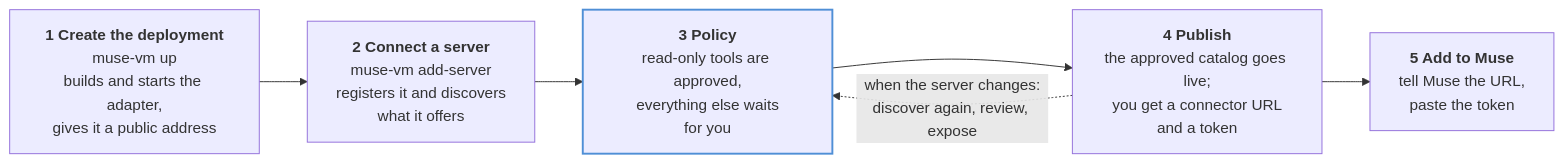
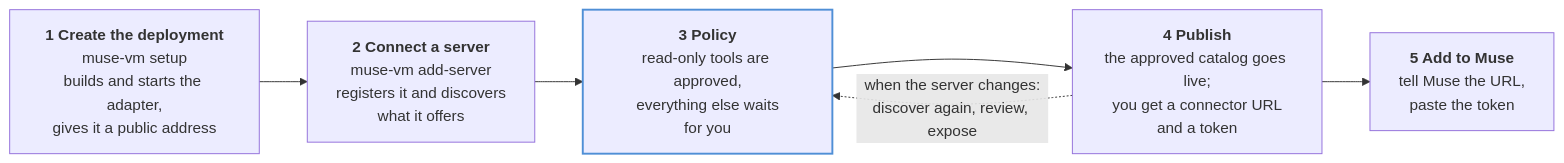
The second of 7 diagrams in README.md (sept-usc/muse-mcp-adapter), drawn with Mermaid before and after one commit. The commit also changed other lines of this file and 12 other files, not shown here.

````diff
--- a/README.md
+++ b/README.md
@@ -93,11 +93,11 @@
 ```mermaid
 flowchart LR
-    A["<b>1 Create the deployment</b><br/>muse-vm up<br/>builds and starts the adapter,<br/>gives it a public address"] --> B["<b>2 Connect a server</b><br/>muse-vm add-server<br/>registers it and discovers<br/>what it offers"]
+    A["<b>1 Create the deployment</b><br/>muse-vm setup<br/>builds and starts the adapter,<br/>gives it a public address"] --> B["<b>2 Connect a server</b><br/>muse-vm add-server<br/>registers it and discovers<br/>what it offers"]
     B --> C["<b>3 Policy</b><br/>read-only tools are approved,<br/>everything else waits<br/>for you"]
     C --> D["<b>4 Publish</b><br/>the approved catalog goes live;<br/>you get a connector URL<br/>and a token"]
     D --> E["<b>5 Add to Muse</b><br/>tell Muse the URL,<br/>paste the token"]
     D -. "when the server changes:<br/>discover again, review, expose" .-> C
 
     classDef you stroke:#4f8fd6,stroke-width:2px;
     class C you;
 ```
````
